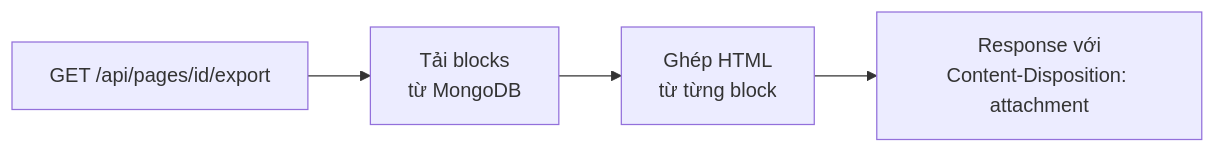
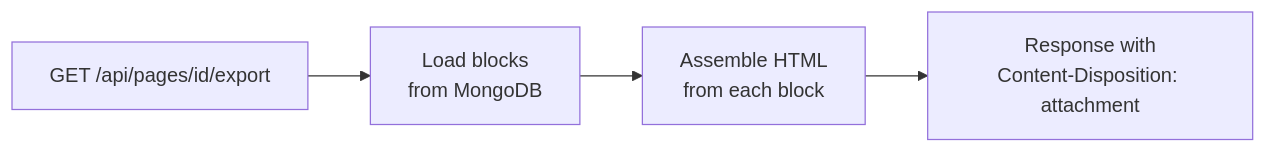
The second of 2 diagrams in projects/landing-page/index.mdx (sunflynf/web-notes), drawn with Mermaid before and after one commit. The commit also changed other lines of this file and 33 other files, not shown here.

````diff
--- a/projects/landing-page/index.mdx
+++ b/projects/landing-page/index.mdx
@@ -147,6 +147,6 @@
 ```mermaid
 flowchart LR
-  A[GET /api/pages/id/export] --> B[Tải blocks<br/>từ MongoDB]
-  B --> C[Ghép HTML<br/>từ từng block]
-  C --> D["Response với<br/>Content-Disposition: attachment"]
+  A[GET /api/pages/id/export] --> B[Load blocks<br/>from MongoDB]
+  B --> C[Assemble HTML<br/>from each block]
+  C --> D["Response with<br/>Content-Disposition: attachment"]
 ```
````
